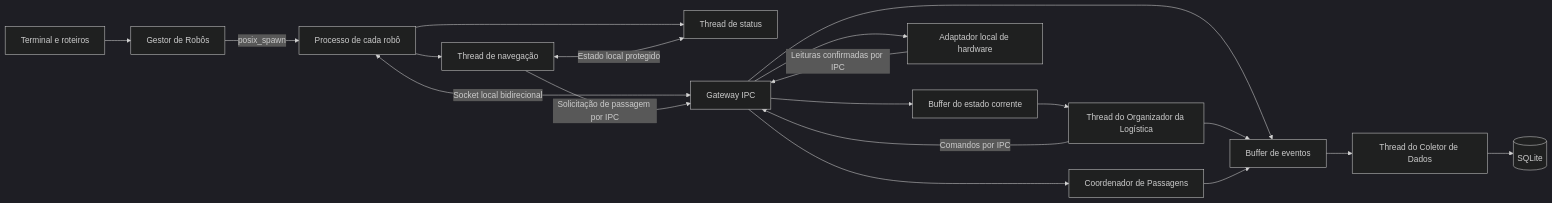
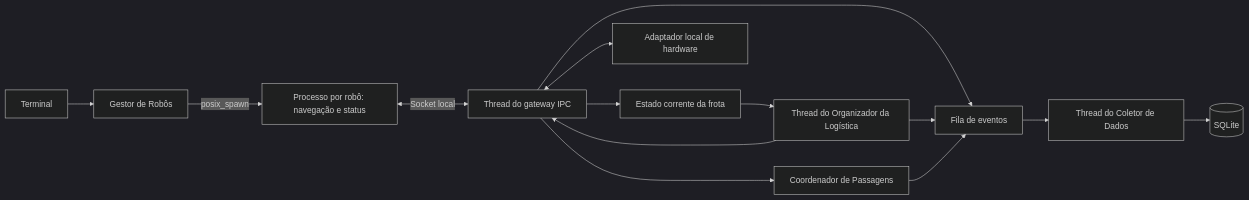
Before and after one commit to LuccaRig/Robotic-Fleet-Management-for-Logistics: the diagram in docs/arquitetura-etapa1.md, drawn with Mermaid (dark theme). The commit also changed other lines of this file and 3 other files, not shown here.

````diff
--- a/docs/arquitetura-etapa1.md
+++ b/docs/arquitetura-etapa1.md
@@ -11,21 +7,16 @@
 ```mermaid
 flowchart LR
-    Operador[Terminal e roteiros] --> Gestor[Gestor de Robôs]
-    Gestor -->|posix_spawn| Robo[Processo de cada robô]
-    Robo --> Navegacao[Thread de navegação]
-    Robo --> Status[Thread de status]
-    Navegacao <-->|Estado local protegido| Status
-    Robo <-->|Socket local bidirecional| Gateway[Gateway IPC]
-    Gateway --> Frota[Buffer do estado corrente]
+    Terminal --> Gestor[Gestor de Robôs]
+    Gestor -->|posix_spawn| Robo[Processo por robô: navegação e status]
+    Robo <-->|Socket local| Gateway[Thread do gateway IPC]
+    Gateway --> Frota[Estado corrente da frota]
     Frota --> Logistica[Thread do Organizador da Logística]
-    Logistica -->|Comandos por IPC| Gateway
-    Navegacao -->|Solicitação de passagem por IPC| Gateway
+    Logistica --> Gateway
+    Gateway <--> Hardware[Adaptador local de hardware]
     Gateway --> Passagens[Coordenador de Passagens]
-    Gateway --> Hardware[Adaptador local de hardware]
-    Hardware -->|Leituras confirmadas por IPC| Gateway
-    Gateway --> Eventos[Buffer de eventos]
+    Gateway --> Eventos[Fila de eventos]
     Logistica --> Eventos
     Passagens --> Eventos
     Eventos --> Coletor[Thread do Coletor de Dados]
     Coletor --> Banco[(SQLite)]
 ```
````
